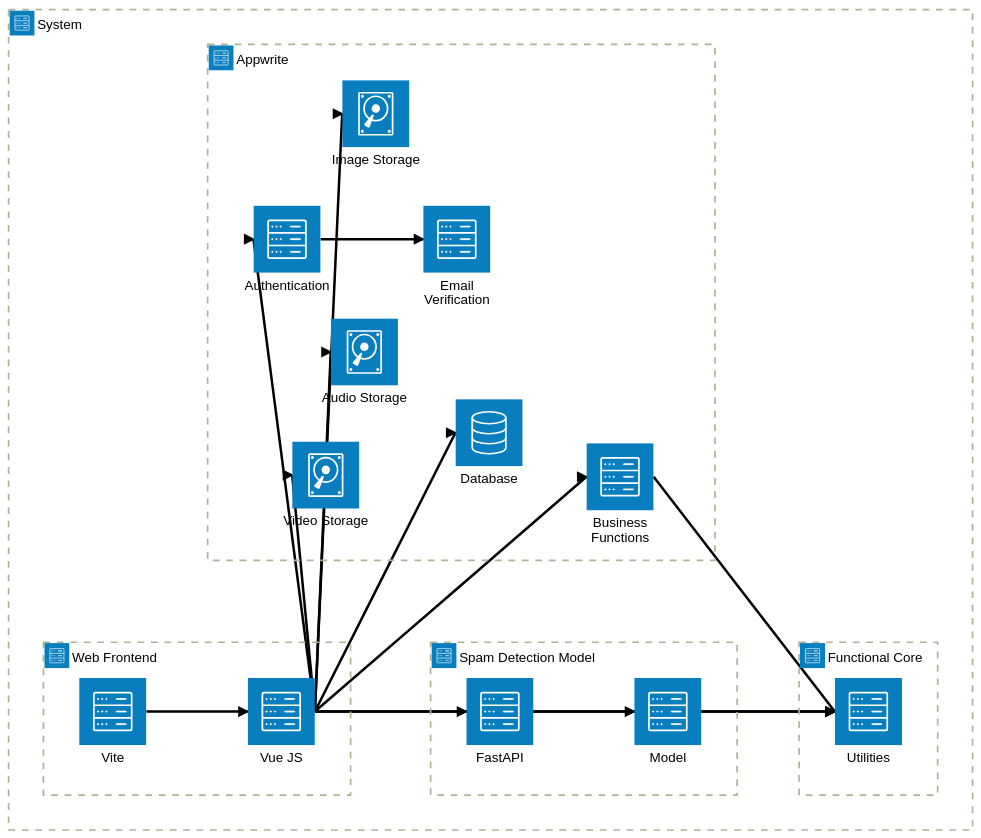
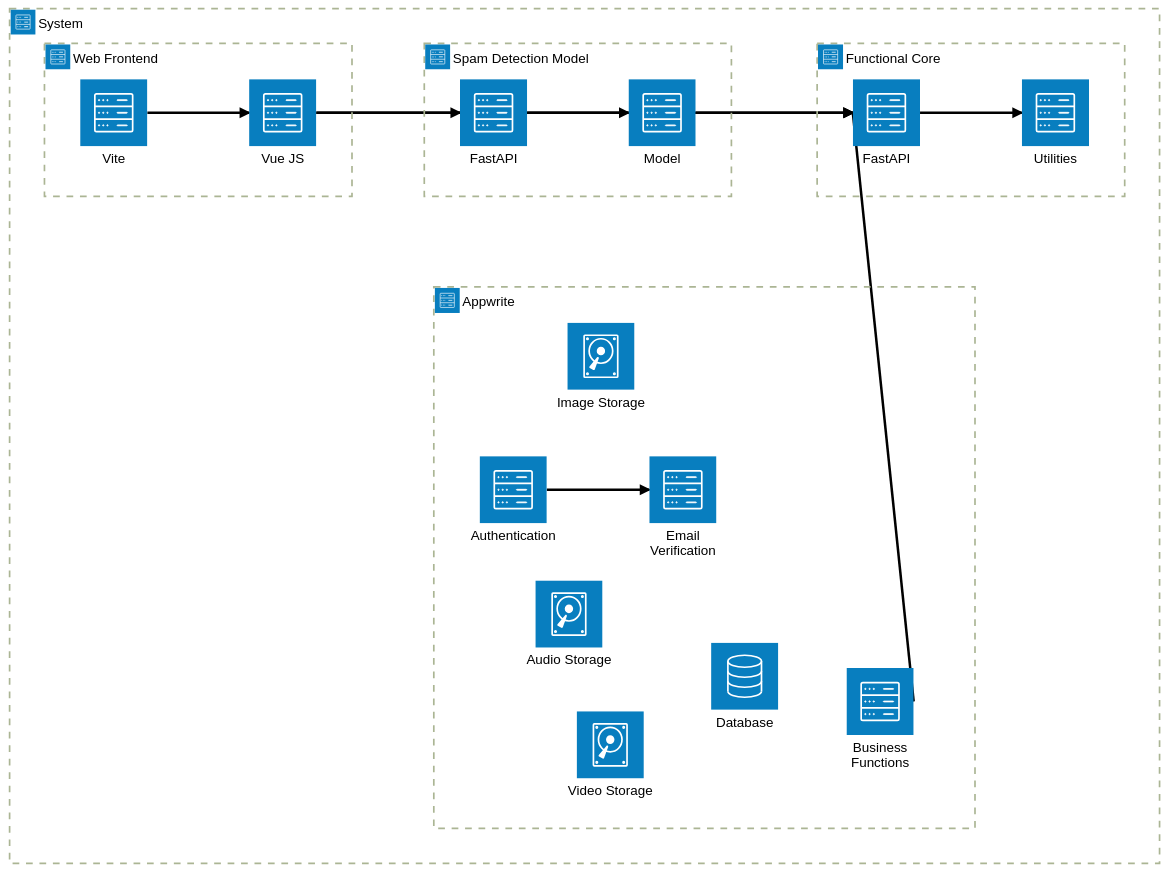
The first of 5 diagrams in stage3/README.md (AboFawaz305/holberton-portfolio-project), drawn with Mermaid (forest theme) before and after one commit. The commit also changed other lines of this file, not shown here.

Commit message:
Fix user stories and updated architecture diagram

````diff
--- a/stage3/README.md
+++ b/stage3/README.md
@@ -75,47 +75,50 @@
   ```mermaid
 architecture-beta
     group proxy(server)[System]
 
     group webfrontend(server)[Web Frontend] in proxy
     group appwrite(server)[Appwrite] in proxy
     group spamdetctionmodel(server)[Spam Detection Model] in proxy
     group core(server)[Functional Core] in proxy
 
     %% Web Frontend Services
     service vuejs(server)[Vue JS] in webfrontend
     service vite(server)[Vite] in webfrontend
 
     vite:R --> L:vuejs
 
-    vuejs:R --> L:bfuncs
-    vuejs:R --> L:db
-    vuejs:R --> L:vstore
-    vuejs:R --> L:istore
-    vuejs:R --> L:astore
-    vuejs:R --> L:auth
+    %% vuejs:R --> L:bfuncs
+    %% vuejs:R --> L:db
+    %% vuejs:R --> L:vstore
+    %% vuejs:R --> L:istore
+    %% vuejs:R --> L:astore
+    %% vuejs:R --> L:auth
 
-    vuejs:R --> L:utils
+    vuejs:R --> L:utilsa
     
     vuejs:R --> L:mapi
 
     %% Appwrite services
     service bfuncs(server)[Business Functions] in appwrite
     service db(database)[Database] in appwrite
     service vstore(disk)[Video Storage] in appwrite
     service astore(disk)[Audio Storage] in appwrite
     service istore(disk)[Image Storage] in appwrite
     service auth(server)[Authentication] in appwrite
     service messages(server)[Email Verification] in appwrite
 
-    bfuncs:R --> L: utils
+    bfuncs:R --> L:utilsa
     auth:R --> L:messages
     %% Spam Detection Model
     service mapi(server)[FastAPI] in spamdetctionmodel
     service model(server)[Model] in spamdetctionmodel
 
     mapi:R --> L:model
-    model:R --> L:utils
+    model:R --> L:utilsa
 
     %% Functional Core
     service utils(server)[Utilities] in core
+    service utilsa(server)[FastAPI] in core
+
+    utilsa:R --> L:utils 
 ```
````
